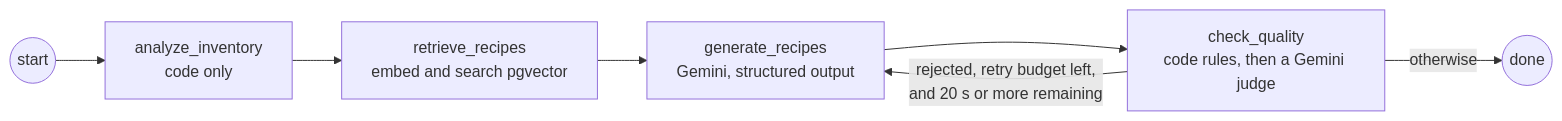
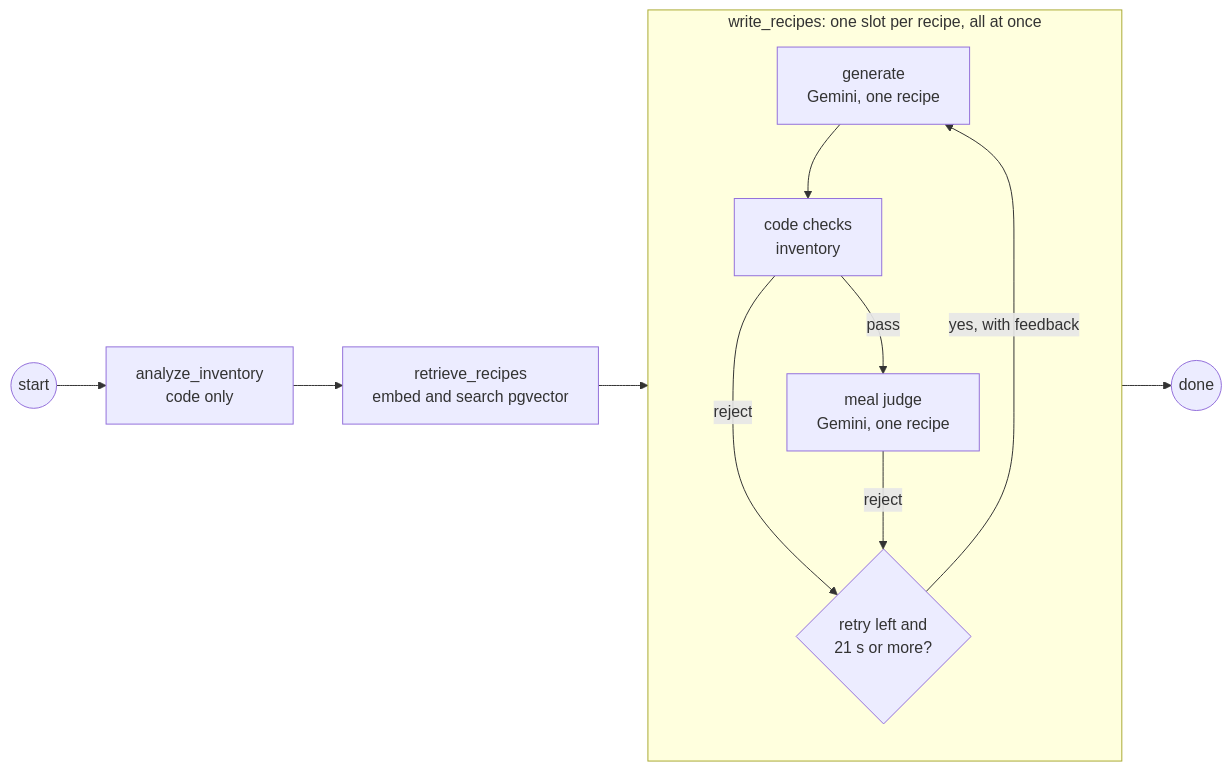
Before and after one commit to brandon-sanchez/FreshPlate: the third of 5 diagrams in docs/architecture.md, drawn with Mermaid. The commit also changed other lines of this file and 22 other files, not shown here.

First line of the commit message:
perf: judge each recipe as it arrives and retry it alone

````diff
--- a/docs/architecture.md
+++ b/docs/architecture.md
@@ -84,9 +84,14 @@
 ```mermaid
 flowchart LR
 	Start(("start")) --> A["analyze_inventory<br/>code only"]
 	A --> R["retrieve_recipes<br/>embed and search pgvector"]
-	R --> G["generate_recipes<br/>Gemini, structured output"]
-	G --> Q["check_quality<br/>code rules, then a Gemini judge"]
-	Q -- "rejected, retry budget left,<br/>and 20 s or more remaining" --> G
-	Q -- "otherwise" --> Done(("done"))
+	R --> W
+	subgraph W["write_recipes: one slot per recipe, all at once"]
+		G["generate<br/>Gemini, one recipe"] --> C["code checks<br/>inventory"]
+		C -- "pass" --> J["meal judge<br/>Gemini, one recipe"]
+		C -- "reject" --> F{"retry left and<br/>21 s or more?"}
+		J -- "reject" --> F
+		F -- "yes, with feedback" --> G
+	end
+	W --> Done(("done"))
 ```
````
